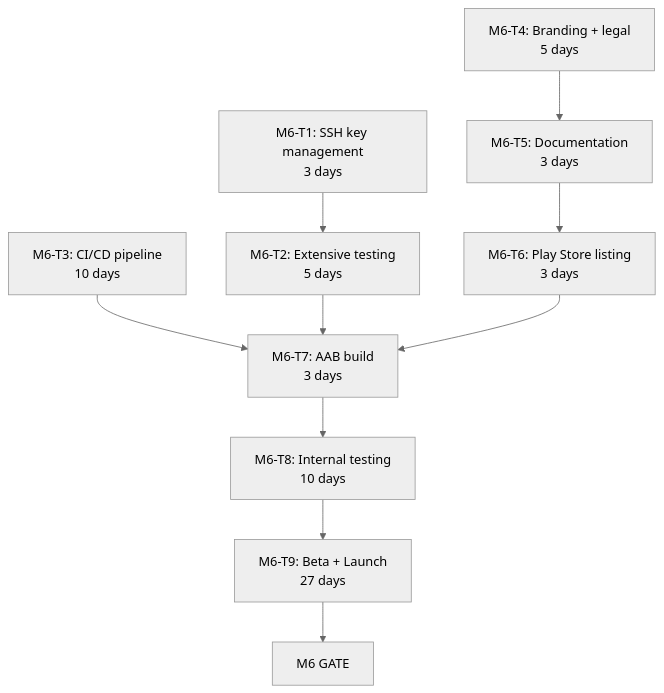
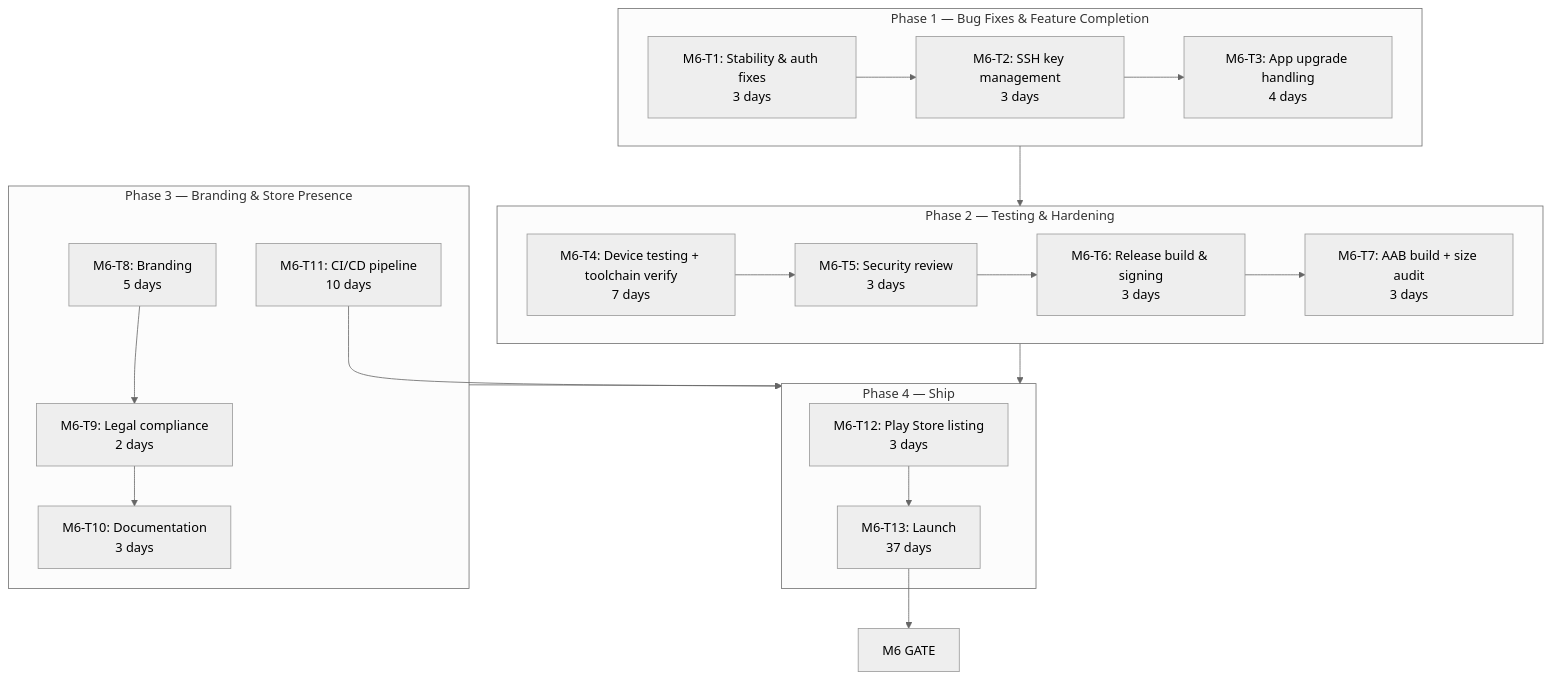
One commit to rmyndharis/VSCodroid changed the ninth of 9 diagrams in docs/12-IMPLEMENTATION_PLAN.md. Above: the diagram before and after it, drawn with Mermaid (neutral theme). The commit also changed other lines of this file, not shown here.

````diff
--- a/docs/12-IMPLEMENTATION_PLAN.md
+++ b/docs/12-IMPLEMENTATION_PLAN.md
@@ -2005,12 +2109,38 @@
 ```mermaid
 flowchart TD
-  M6T1["M6-T1: SSH key management<br/>3 days"] --> M6T2["M6-T2: Extensive testing<br/>5 days"]
-  M6T3["M6-T3: CI/CD pipeline<br/>10 days"] --> M6T7["M6-T7: AAB build<br/>3 days"]
-  M6T4["M6-T4: Branding + legal<br/>5 days"] --> M6T5["M6-T5: Documentation<br/>3 days"]
-  M6T5 --> M6T6["M6-T6: Play Store listing<br/>3 days"]
-  M6T2 --> M6T7
-  M6T6 --> M6T7
-  M6T7 --> M6T8["M6-T8: Internal testing<br/>10 days"]
-  M6T8 --> M6T9["M6-T9: Beta + Launch<br/>27 days"]
-  M6T9 --> M6GATE["M6 GATE"]
+  subgraph P1["Phase 1 — Bug Fixes & Feature Completion"]
+    M6T1["M6-T1: Stability & auth fixes<br/>3 days"] --> M6T2["M6-T2: SSH key management<br/>3 days"]
+    M6T2 --> M6T3["M6-T3: App upgrade handling<br/>4 days"]
+  end
+
+  subgraph P2["Phase 2 — Testing & Hardening"]
+    M6T4["M6-T4: Device testing + toolchain verify<br/>7 days"]
+    M6T5["M6-T5: Security review<br/>3 days"]
+    M6T6["M6-T6: Release build & signing<br/>3 days"]
+    M6T7["M6-T7: AAB build + size audit<br/>3 days"]
+    M6T4 --> M6T5
+    M6T5 --> M6T6
+    M6T6 --> M6T7
+  end
+
+  subgraph P3["Phase 3 — Branding & Store Presence"]
+    M6T8["M6-T8: Branding<br/>5 days"]
+    M6T9["M6-T9: Legal compliance<br/>2 days"]
+    M6T10["M6-T10: Documentation<br/>3 days"]
+    M6T11["M6-T11: CI/CD pipeline<br/>10 days"]
+    M6T8 --> M6T9
+    M6T9 --> M6T10
+  end
+
+  subgraph P4["Phase 4 — Ship"]
+    M6T12["M6-T12: Play Store listing<br/>3 days"]
+    M6T13["M6-T13: Launch<br/>37 days"]
+    M6T12 --> M6T13
+  end
+
+  P1 --> P2
+  P2 --> P4
+  P3 --> P4
+  M6T11 --> P4
+  M6T13 --> M6GATE["M6 GATE"]
 ```
````
